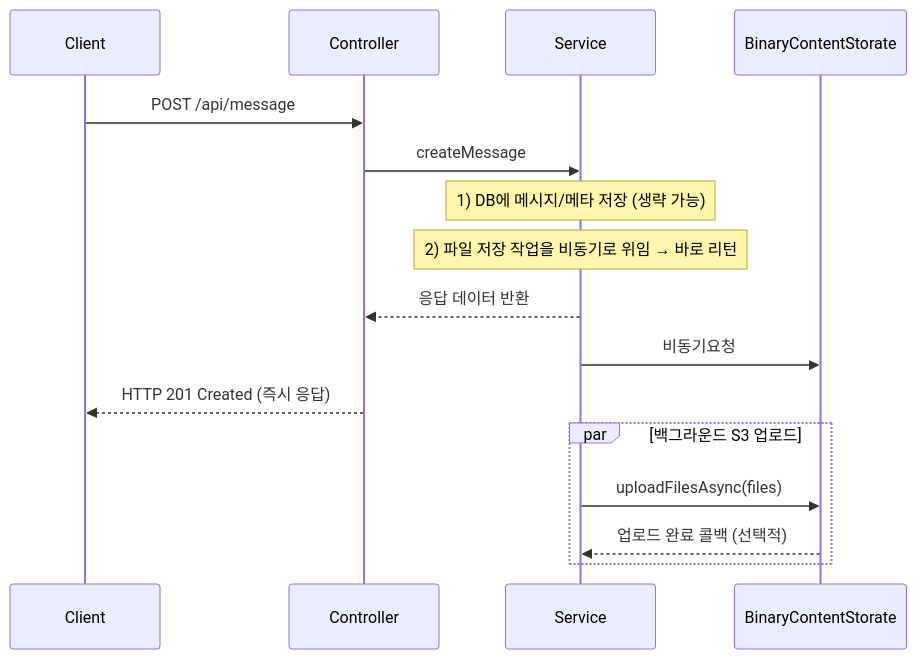
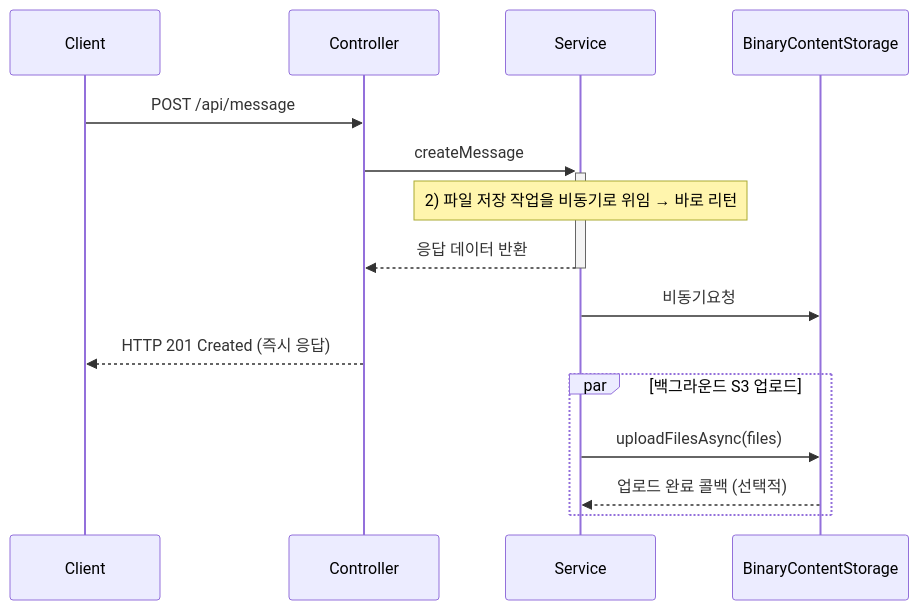
Before and after one commit to codeit-bootcamp-spring/1-sprint-mission: the first of 2 diagrams in README.md, drawn with Mermaid. The commit also changed other lines of this file, not shown here.

Commit message:
docs: update README with asynchronous processing configuration and sequence diagram

````diff
--- a/README.md
+++ b/README.md
@@ -41,18 +41,18 @@
 ```mermaid
 sequenceDiagram
 participant Client
     Client->>Controller: POST /api/message 
-    Controller->>Service: createMessage
+    Controller->>+Service: createMessage
 
-    Note over Service: 1) DB에 메시지/메타 저장 (생략 가능)
     Note over Service: 2) 파일 저장 작업을 비동기로 위임 → 바로 리턴
 
-    Service-->>Controller: 응답 데이터 반환
-    Service->>BinaryContentStorate: 비동기요청
+    Service-->>-Controller: 응답 데이터 반환
+    Service->>BinaryContentStorage: 비동기요청
     Controller-->>Client: HTTP 201 Created (즉시 응답)
 
     par 백그라운드 S3 업로드
-        Service->>BinaryContentStorate: uploadFilesAsync(files)
-        BinaryContentStorate-->>Service: 업로드 완료 콜백 (선택적)
+        Service->>BinaryContentStorage: uploadFilesAsync(files)
+        BinaryContentStorage-->>Service: 업로드 완료 콜백 (선택적)
     end
+
 ```
````
